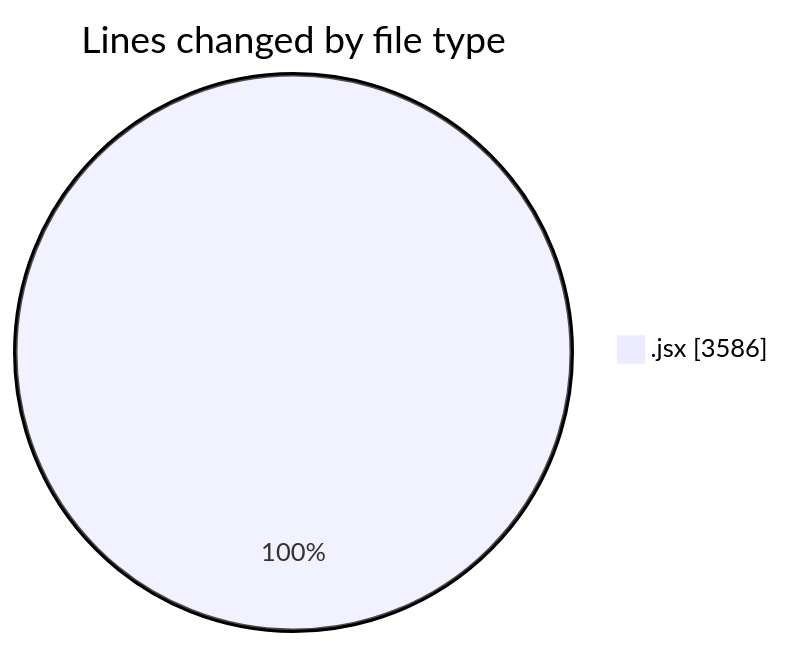
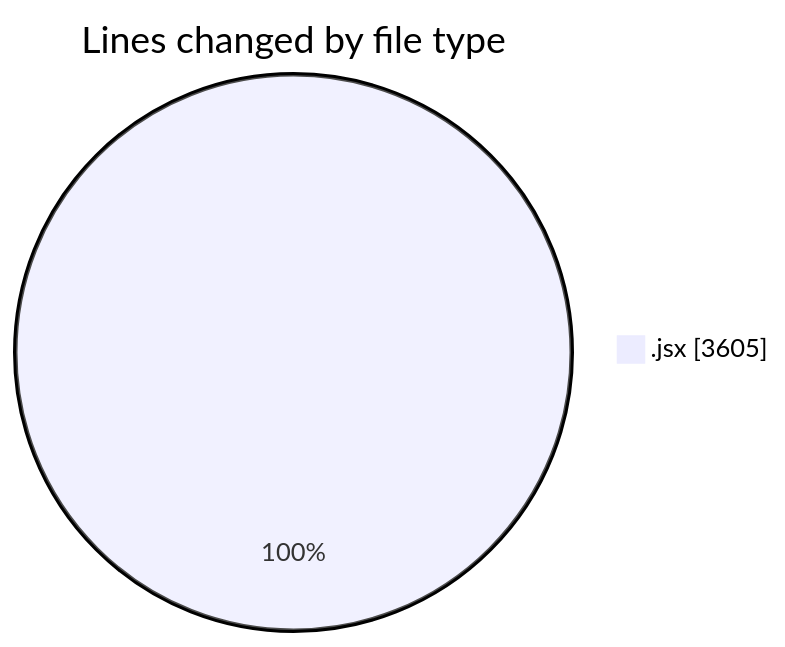
The first of 2 diagrams in 2025-05-05/nxtqube_webapp/README.md (nxtqubesakshisongat/code-tracking), drawn with Mermaid before and after one commit. The commit also changed other lines of this file and 1 other file, not shown here.

````diff
--- a/2025-05-05/nxtqube_webapp/README.md
+++ b/2025-05-05/nxtqube_webapp/README.md
@@ -20,5 +20,5 @@
 ```mermaid
 pie showData
 title Lines changed by file type
-".jsx" : 3586
+".jsx" : 3605
 ```
````
